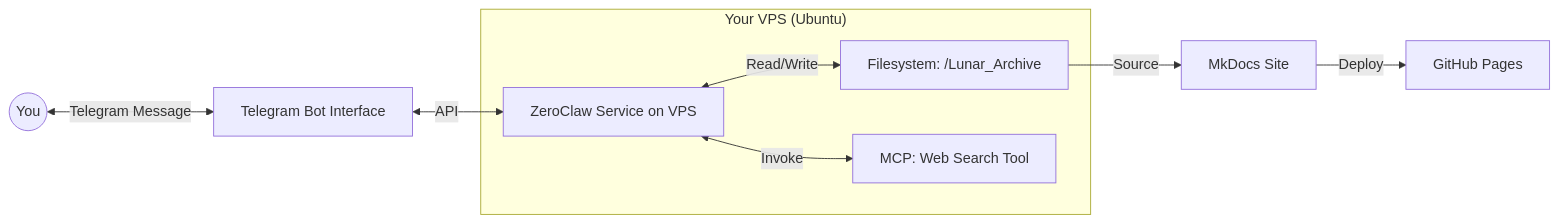
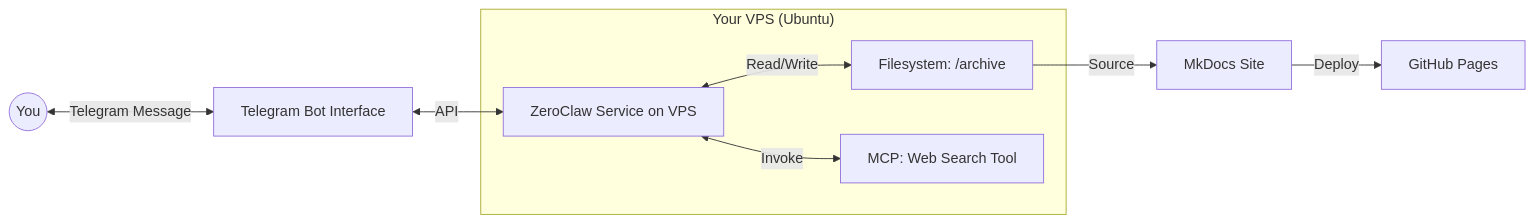
Before and after one commit to sicic-org/pre-bootcamp: the diagram in docs/index.md, drawn with Mermaid. The commit also changed 10 other files, not shown here.

````diff
--- a/docs/index.md
+++ b/docs/index.md
@@ -9,13 +9,13 @@
 ```mermaid
 graph LR
     User((You)) <-->|Telegram Message| Bot[Telegram Bot Interface]
     Bot <-->|API| ZC[ZeroClaw Service on VPS]
     
     subgraph "Your VPS (Ubuntu)"
-    ZC <-->|Read/Write| FS[Filesystem: /Lunar_Archive]
+    ZC <-->|Read/Write| FS[Filesystem: /archive]
     ZC <-->|Invoke| MCP[MCP: Web Search Tool]
     end
     
     FS -->|Source| MK[MkDocs Site]
     MK -->|Deploy| GH[GitHub Pages]
 ```
````
